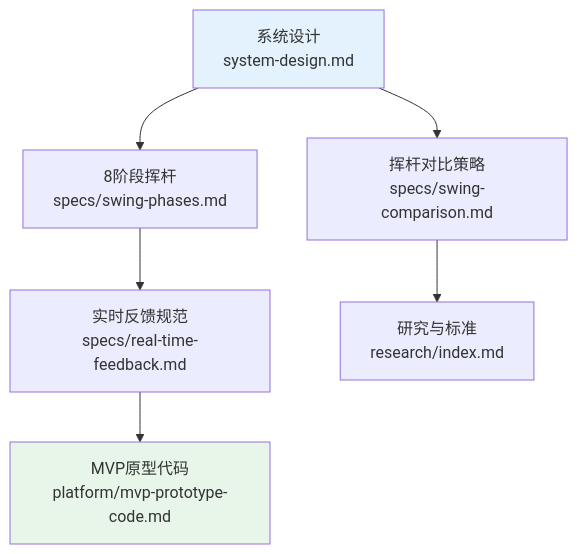
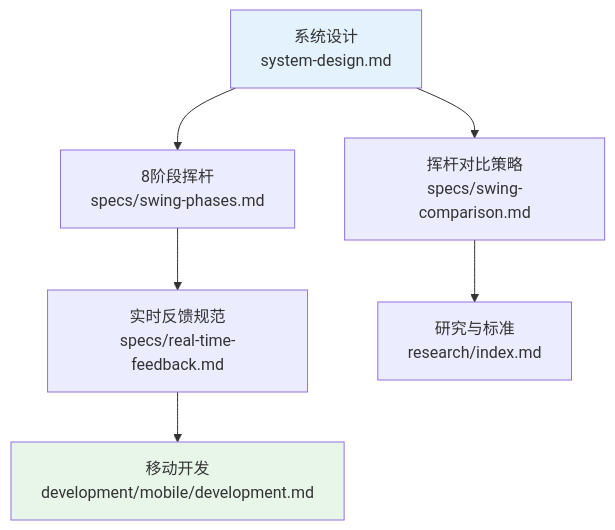
The diagram in docs/zh/design/index.md (movement-chain-ai/movement-chain-docs), drawn with Mermaid before and after one commit. The commit also changed other lines of this file and 28 other files, not shown here.

First line of the commit message:
refactor(docs): reorganize platform→development, add Claude rules

````diff
--- a/docs/zh/design/index.md
+++ b/docs/zh/design/index.md
@@ -43,12 +54,12 @@
 ```mermaid
 graph TD
     A[系统设计<br/>system-design.md] --> B[8阶段挥杆<br/>specs/swing-phases.md]
     B --> C[实时反馈规范<br/>specs/real-time-feedback.md]
-    C --> D[MVP原型代码<br/>platform/mvp-prototype-code.md]
+    C --> D[移动开发<br/>development/mobile/development.md]
 
     A --> E[挥杆对比策略<br/>specs/swing-comparison.md]
     E --> F[研究与标准<br/>research/index.md]
 
     style A fill:#e3f2fd
     style D fill:#e8f5e9
 ```
````
